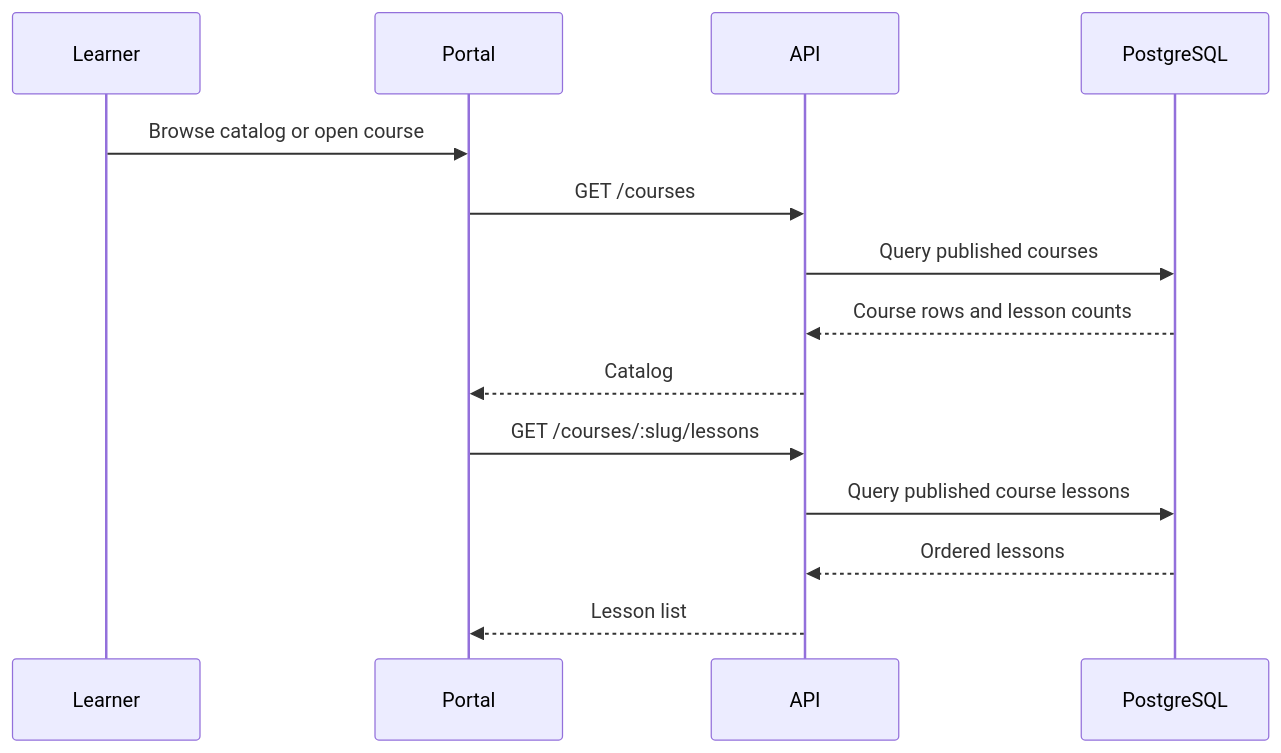
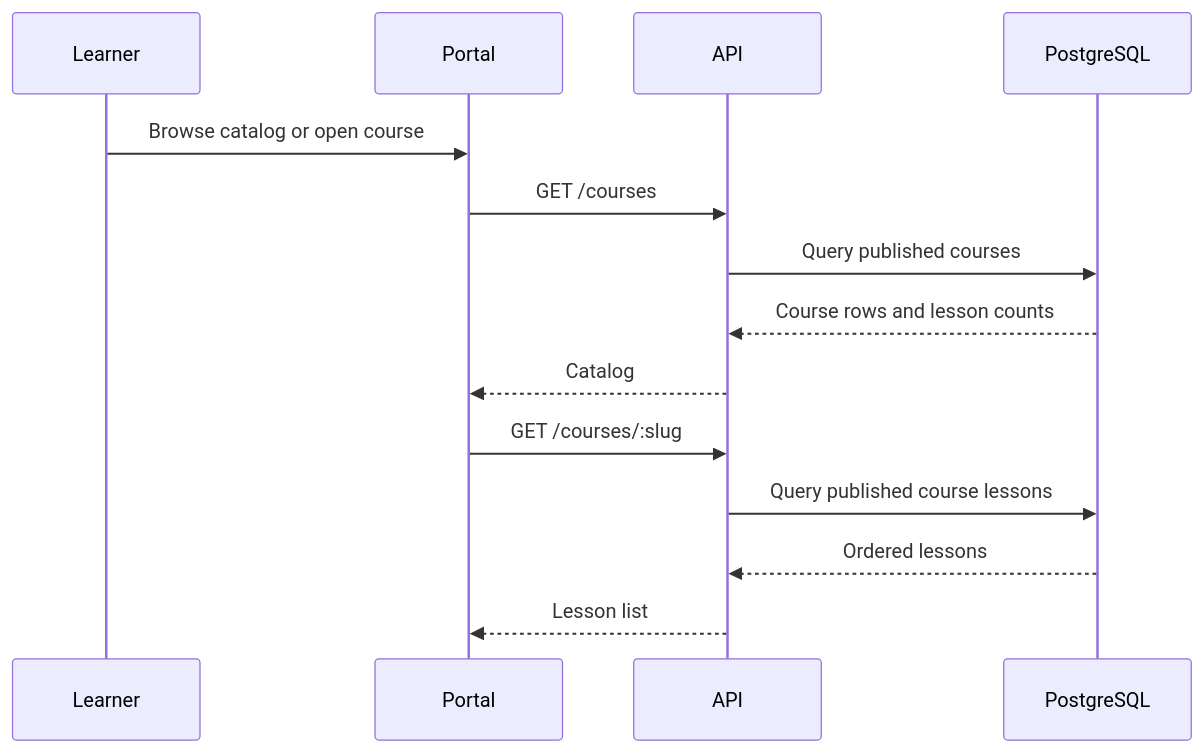
One commit to jaisonschmidt/dudecourse changed the second of 4 diagrams in docs/ARCHITECTURE.md. Above: the diagram before and after it, drawn with Mermaid. The commit also changed other lines of this file and 90 other files, not shown here.

````diff
--- a/docs/ARCHITECTURE.md
+++ b/docs/ARCHITECTURE.md
@@ -130,17 +119,17 @@
 ```mermaid
 sequenceDiagram
     participant L as Learner
     participant P as Portal
     participant A as API
     participant D as PostgreSQL
 
     L->>P: Browse catalog or open course
     P->>A: GET /courses
     A->>D: Query published courses
     D-->>A: Course rows and lesson counts
     A-->>P: Catalog
-    P->>A: GET /courses/:slug/lessons
+    P->>A: GET /courses/:slug
     A->>D: Query published course lessons
     D-->>A: Ordered lessons
     A-->>P: Lesson list
 ```
````
